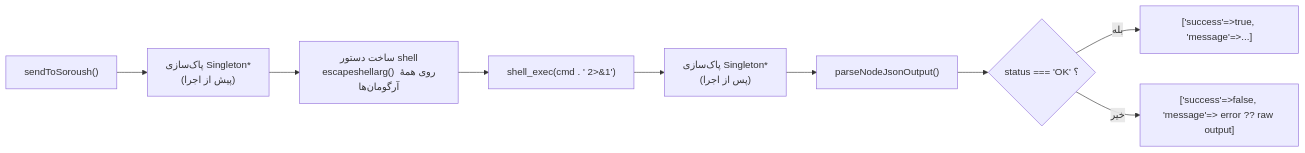
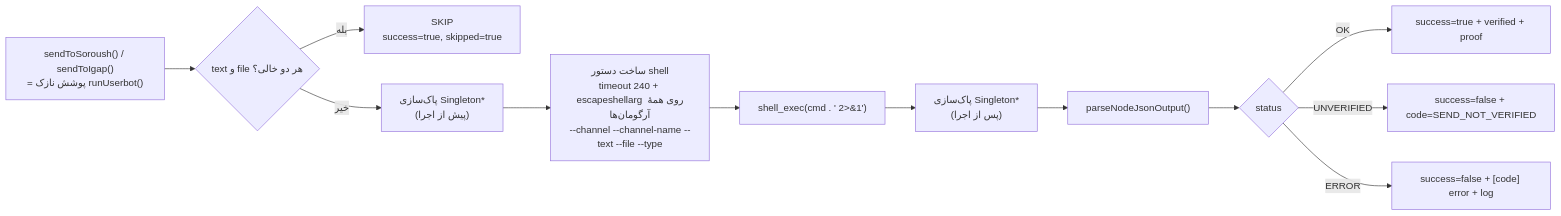
The sixth of 7 diagrams in ARCHITECTURE.md (ahmad75naraghi/send-massages), drawn with Mermaid before and after one commit. The commit also changed other lines of this file and 24 other files, not shown here.

````diff
--- a/ARCHITECTURE.md
+++ b/ARCHITECTURE.md
@@ -473,11 +494,14 @@
 ```mermaid
 flowchart LR
-    A["sendToSoroush()"] --> B["پاک‌سازی Singleton*<br/>(پیش از اجرا)"]
-    B --> C["ساخت دستور shell<br/>escapeshellarg() روی همهٔ آرگومان‌ها"]
+    A["sendToSoroush() / sendToIgap()<br/>= پوشش نازک runUserbot()"] --> A0{"text و file هر دو خالی؟"}
+    A0 -->|"بله"| A1["SKIP<br/>success=true, skipped=true"]
+    A0 -->|"خیر"| B["پاک‌سازی Singleton*<br/>(پیش از اجرا)"]
+    B --> C["ساخت دستور shell<br/>timeout 240 + escapeshellarg روی همهٔ آرگومان‌ها<br/>--channel --channel-name --text --file --type"]
     C --> D["shell_exec(cmd . ' 2>&1')"]
     D --> E["پاک‌سازی Singleton*<br/>(پس از اجرا)"]
     E --> F["parseNodeJsonOutput()"]
-    F --> G{"status === 'OK' ؟"}
-    G -->|"بله"| H["['success'=>true, 'message'=>...]"]
-    G -->|"خیر"| I["['success'=>false, 'message'=> error ?? raw output]"]
+    F --> G{"status"}
+    G -->|"OK"| H["success=true + verified + proof"]
+    G -->|"UNVERIFIED"| I["success=false + code=SEND_NOT_VERIFIED"]
+    G -->|"ERROR"| I2["success=false + [code] error + log"]
 ```
````
